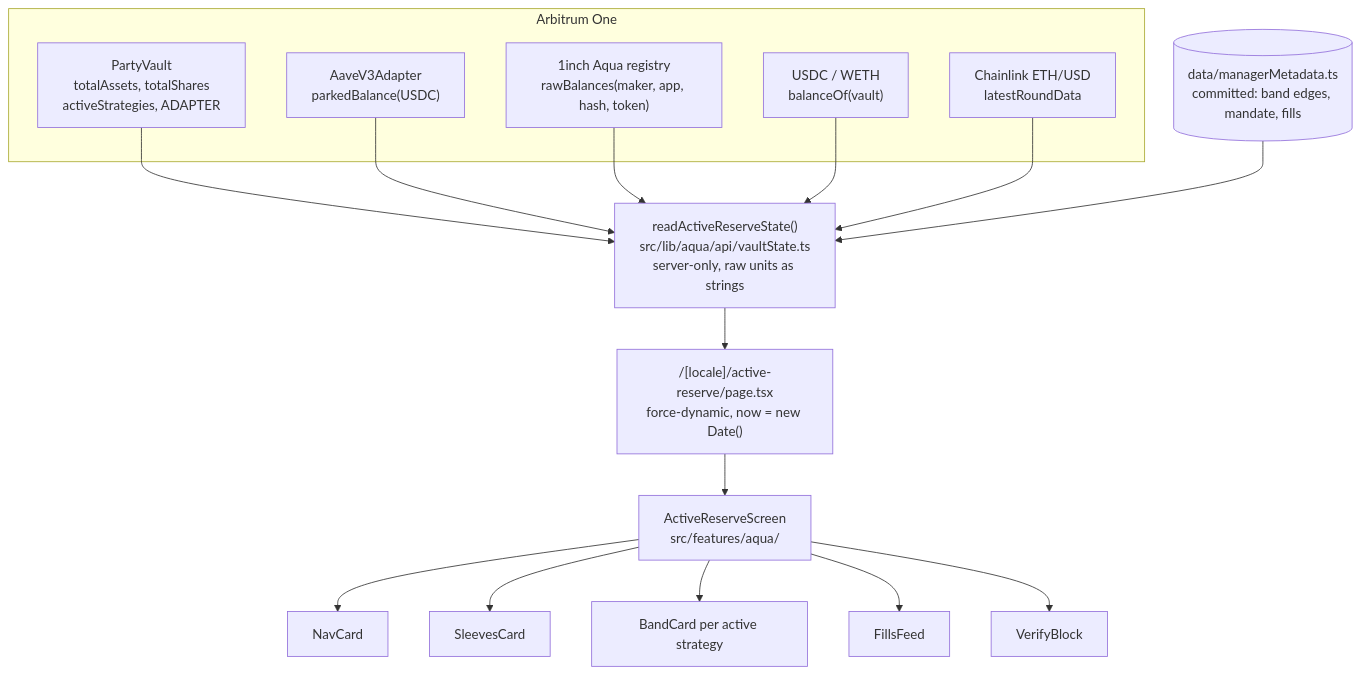
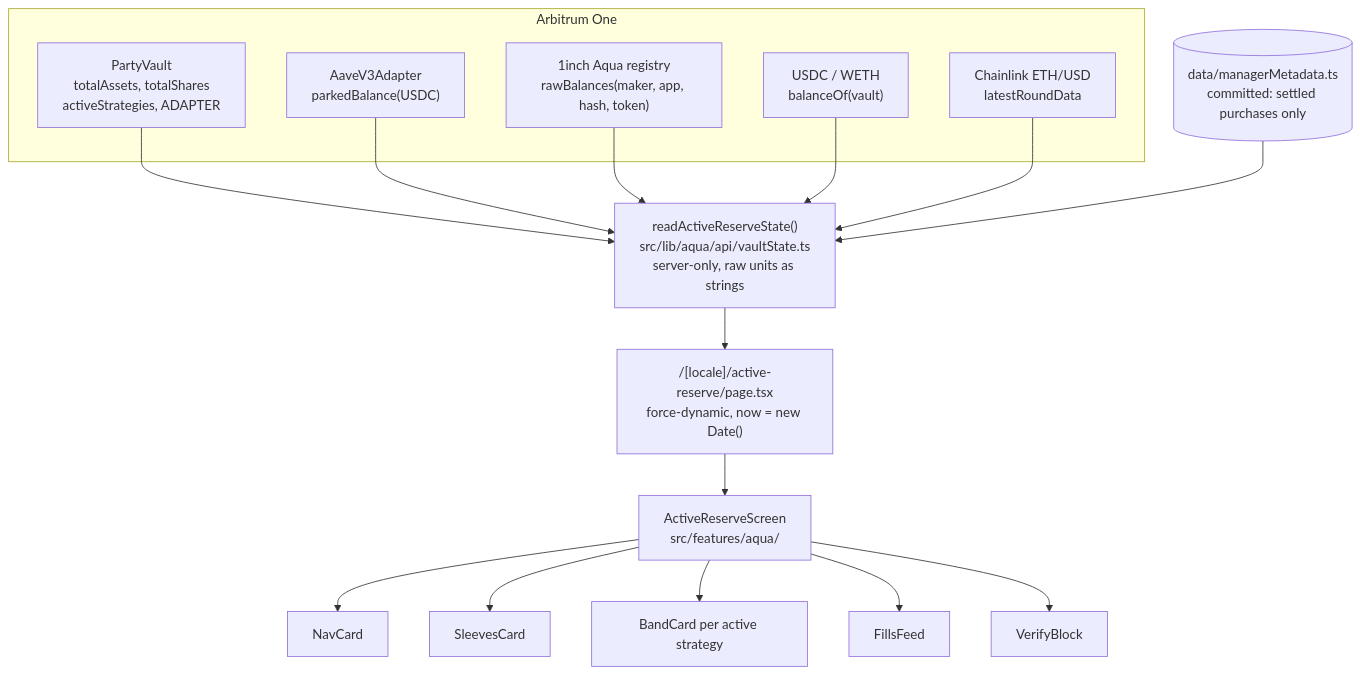
Before and after one commit to PoolPartyLabs/pool-party-v2-frontend: the diagram in docs/_hackathon_aqua/02_INVESTOR_SURFACE.md, drawn with Mermaid. The commit also changed other lines of this file and 15 other files, not shown here.

````diff
--- a/docs/_hackathon_aqua/02_INVESTOR_SURFACE.md
+++ b/docs/_hackathon_aqua/02_INVESTOR_SURFACE.md
@@ -127,30 +123,30 @@
 ```mermaid
 flowchart TD
   subgraph Arbitrum["Arbitrum One"]
     V["PartyVault<br/>totalAssets, totalShares<br/>activeStrategies, ADAPTER"]
     A["AaveV3Adapter<br/>parkedBalance(USDC)"]
     R["1inch Aqua registry<br/>rawBalances(maker, app, hash, token)"]
     T["USDC / WETH<br/>balanceOf(vault)"]
     C["Chainlink ETH/USD<br/>latestRoundData"]
   end
 
-  MD[("data/managerMetadata.ts<br/>committed: band edges, mandate, fills")]
+  MD[("data/managerMetadata.ts<br/>committed: settled purchases only")]
 
   V --> S
   A --> S
   R --> S
   T --> S
   C --> S
   MD --> S
 
   S["readActiveReserveState()<br/>src/lib/aqua/api/vaultState.ts<br/>server-only, raw units as strings"]
   P["/[locale]/active-reserve/page.tsx<br/>force-dynamic, now = new Date()"]
   SC["ActiveReserveScreen<br/>src/features/aqua/"]
 
   S --> P --> SC
   SC --> N["NavCard"]
   SC --> SL["SleevesCard"]
   SC --> B["BandCard per active strategy"]
   SC --> F["FillsFeed"]
   SC --> VB["VerifyBlock"]
 ```
````
